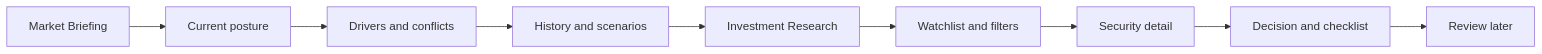
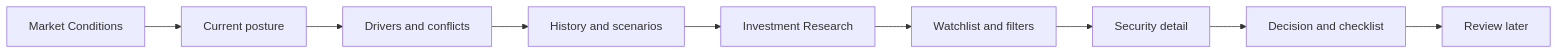
The first of 4 diagrams in docs/PROJECT_OBJECTIVE_AND_FLOWS.md (hooiml/signal), drawn with Mermaid before and after one commit. The commit also changed other lines of this file and 21 other files, not shown here.

Commit message:
Rename market briefing terminology to market conditions

````diff
--- a/docs/PROJECT_OBJECTIVE_AND_FLOWS.md
+++ b/docs/PROJECT_OBJECTIVE_AND_FLOWS.md
@@ -78,11 +78,11 @@
 ```mermaid
 flowchart LR
-    A[Market Briefing] --> B[Current posture]
+    A[Market Conditions] --> B[Current posture]
     B --> C[Drivers and conflicts]
     C --> D[History and scenarios]
     D --> E[Investment Research]
     E --> F[Watchlist and filters]
     F --> G[Security detail]
     G --> H[Decision and checklist]
     H --> I[Review later]
 ```
````
